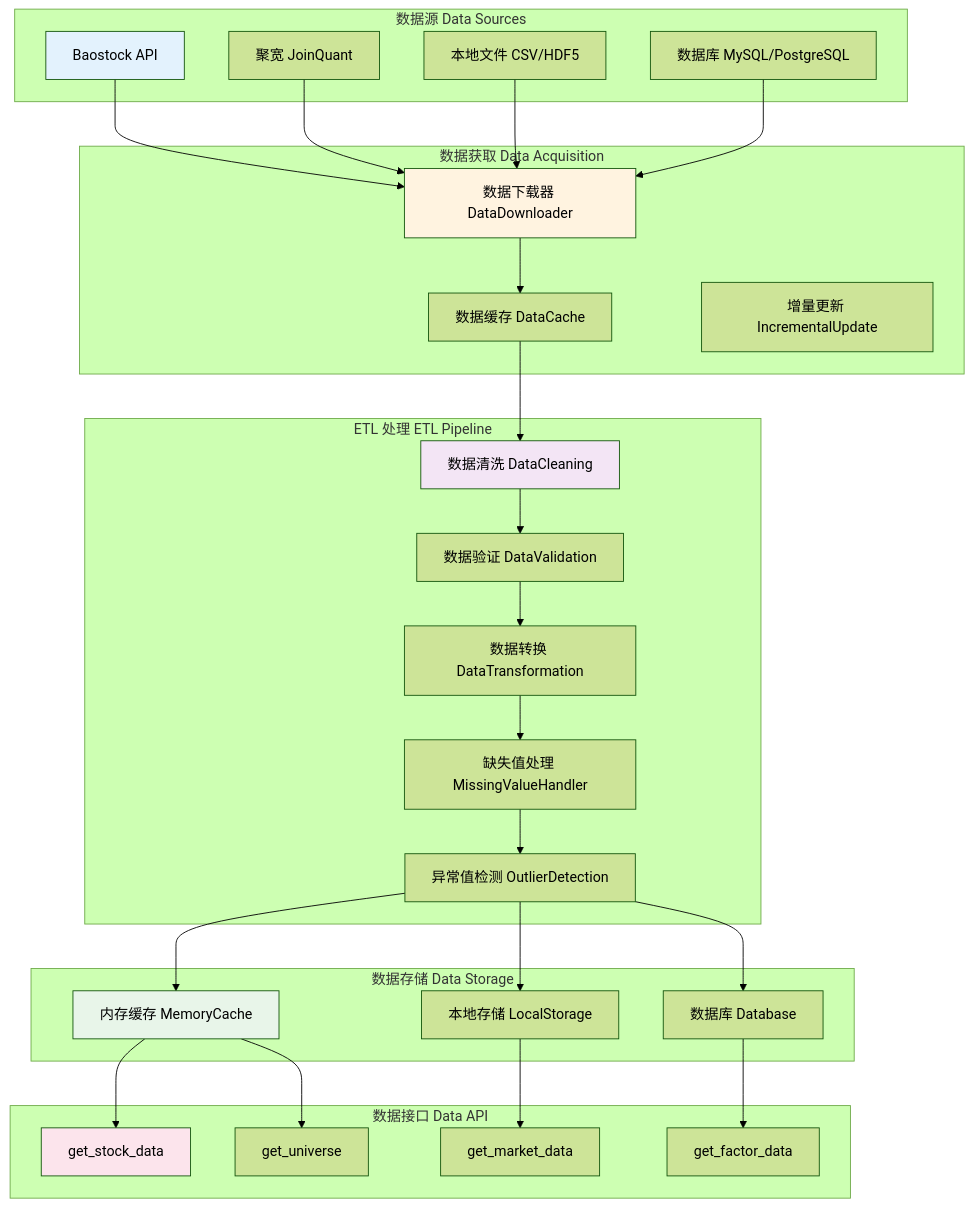
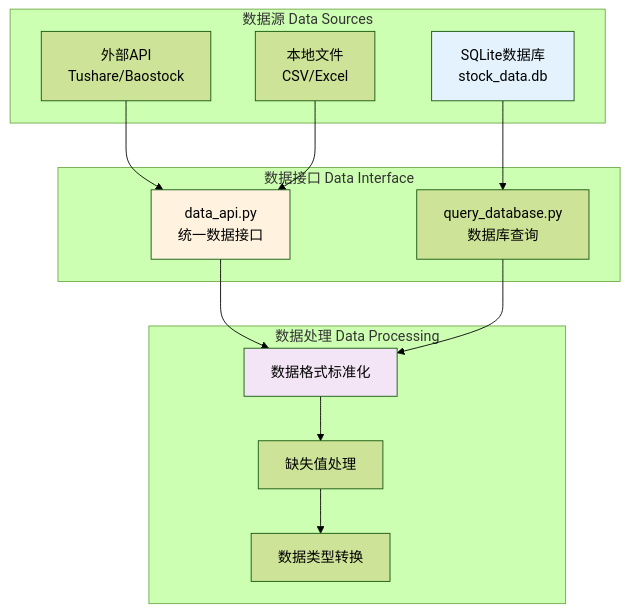
Before and after one commit to YutaoWang03/Quant---Alpha101: the first of 8 diagrams in docs/ARCHITECTURE.md, drawn with Mermaid (forest theme). The commit also changed other lines of this file and 14 other files, not shown here.

````diff
--- a/docs/ARCHITECTURE.md
+++ b/docs/ARCHITECTURE.md
@@ -50,63 +52,32 @@
 ```mermaid
 graph TB
     subgraph "数据源 Data Sources"
-        A1[Baostock API]
-        A2[聚宽 JoinQuant]
-        A3[本地文件 CSV/HDF5]
-        A4[数据库 MySQL/PostgreSQL]
+        A1[SQLite数据库<br/>stock_data.db]
+        A2[外部API<br/>Tushare/Baostock]
+        A3[本地文件<br/>CSV/Excel]
     end
     
-    subgraph "数据获取 Data Acquisition"
-        B1[数据下载器 DataDownloader]
-        B2[数据缓存 DataCache]
-        B3[增量更新 IncrementalUpdate]
+    subgraph "数据接口 Data Interface"
+        B1[data_api.py<br/>统一数据接口]
+        B2[query_database.py<br/>数据库查询]
     end
     
-    subgraph "ETL 处理 ETL Pipeline"
-        C1[数据清洗 DataCleaning]
-        C2[数据验证 DataValidation]
-        C3[数据转换 DataTransformation]
-        C4[缺失值处理 MissingValueHandler]
-        C5[异常值检测 OutlierDetection]
+    subgraph "数据处理 Data Processing"
+        C1[数据格式标准化]
+        C2[缺失值处理]
+        C3[数据类型转换]
     end
     
-    subgraph "数据存储 Data Storage"
-        D1[内存缓存 MemoryCache]
-        D2[本地存储 LocalStorage]
-        D3[数据库 Database]
-    end
-    
-    subgraph "数据接口 Data API"
-        E1[get_stock_data]
-        E2[get_market_data]
-        E3[get_factor_data]
-        E4[get_universe]
-    end
-    
-    A1 --> B1
+    A1 --> B2
     A2 --> B1
     A3 --> B1
-    A4 --> B1
     
-    B1 --> B2
+    B1 --> C1
     B2 --> C1
     C1 --> C2
     C2 --> C3
-    C3 --> C4
-    C4 --> C5
-    
-    C5 --> D1
-    C5 --> D2
-    C5 --> D3
-    
-    D1 --> E1
-    D2 --> E2
-    D3 --> E3
-    D1 --> E4
     
     style A1 fill:#e3f2fd
     style B1 fill:#fff3e0
     style C1 fill:#f3e5f5
-    style D1 fill:#e8f5e9
-    style E1 fill:#fce4ec
 ```
````
